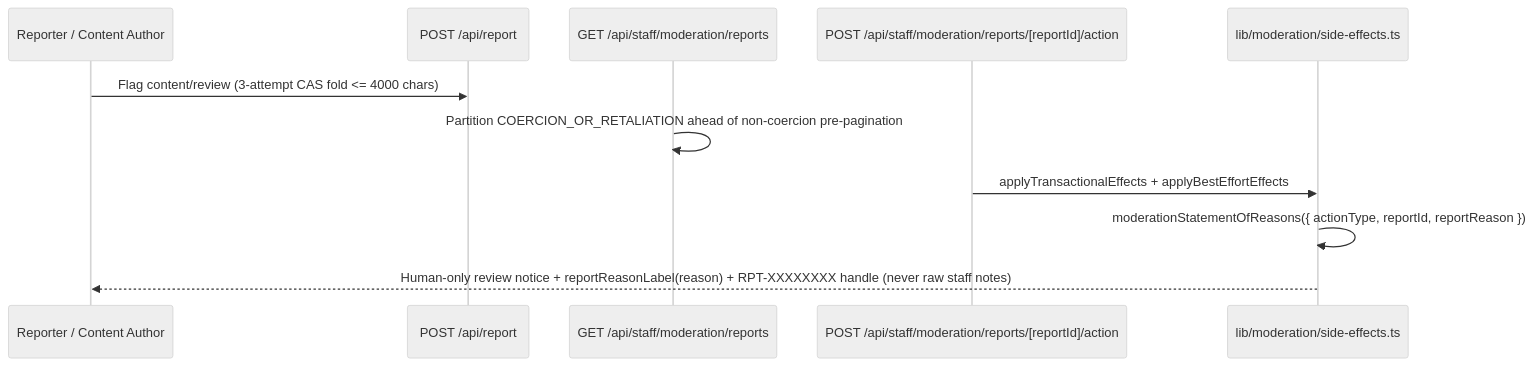
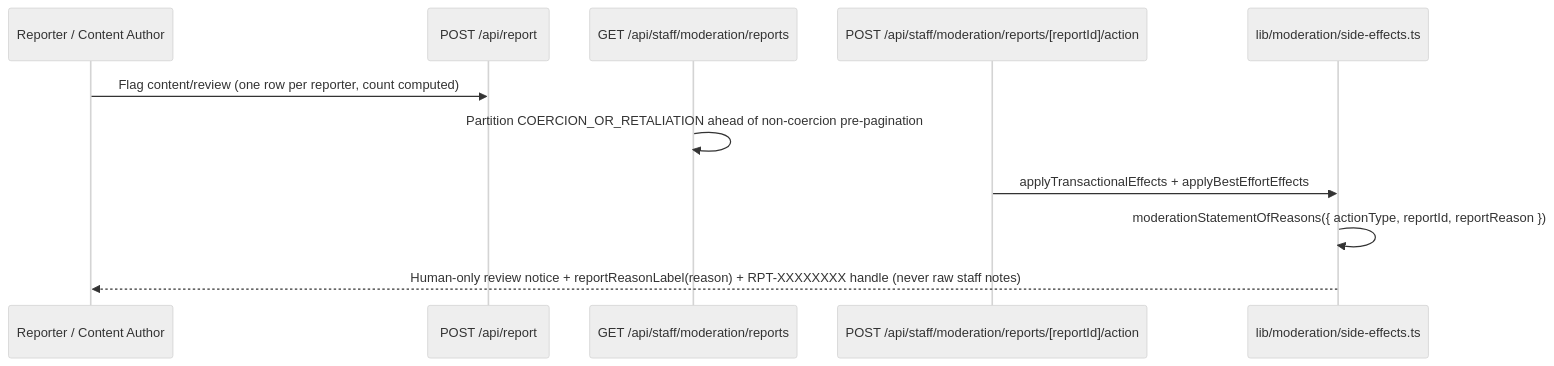
One commit to Practitionist/familiarise_web changed the diagram in docs/compliance/10-consumer-protection-and-grievance.md. Above: the diagram before and after it, drawn with Mermaid (neutral theme). The commit also changed other lines of this file and 53 other files, not shown here.

````diff
--- a/docs/compliance/10-consumer-protection-and-grievance.md
+++ b/docs/compliance/10-consumer-protection-and-grievance.md
@@ -34,14 +34,14 @@
 ```mermaid
 sequenceDiagram
     participant Reporter as Reporter / Content Author
     participant ReportAPI as POST /api/report
     participant ModQueue as GET /api/staff/moderation/reports
     participant ActionAPI as POST /api/staff/moderation/reports/[reportId]/action
     participant SideEffects as lib/moderation/side-effects.ts
 
-    Reporter->>ReportAPI: Flag content/review (3-attempt CAS fold <= 4000 chars)
+    Reporter->>ReportAPI: Flag content/review (one row per reporter, count computed)
     ModQueue->>ModQueue: Partition COERCION_OR_RETALIATION ahead of non-coercion pre-pagination
     ActionAPI->>SideEffects: applyTransactionalEffects + applyBestEffortEffects
     SideEffects->>SideEffects: moderationStatementOfReasons({ actionType, reportId, reportReason })
     SideEffects-->>Reporter: Human-only review notice + reportReasonLabel(reason) + RPT-XXXXXXXX handle (never raw staff notes)
 ```
````
